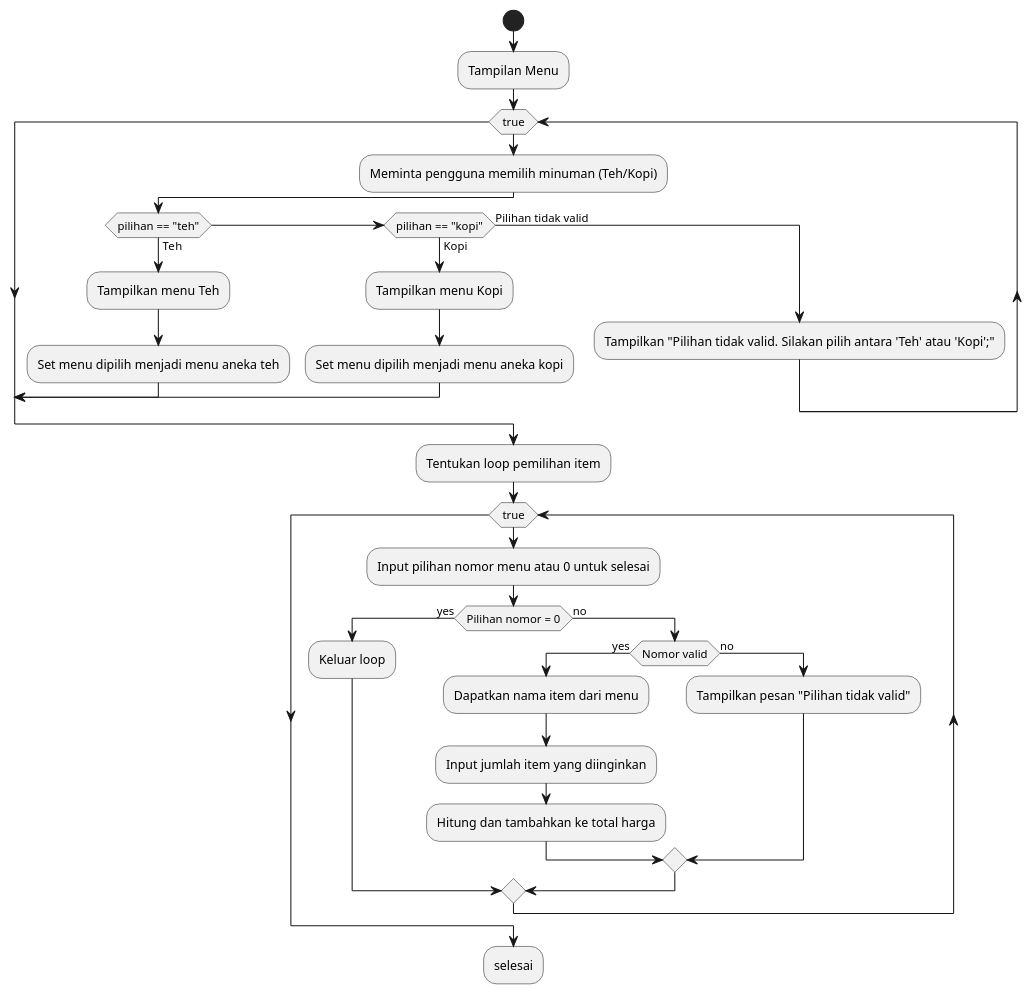
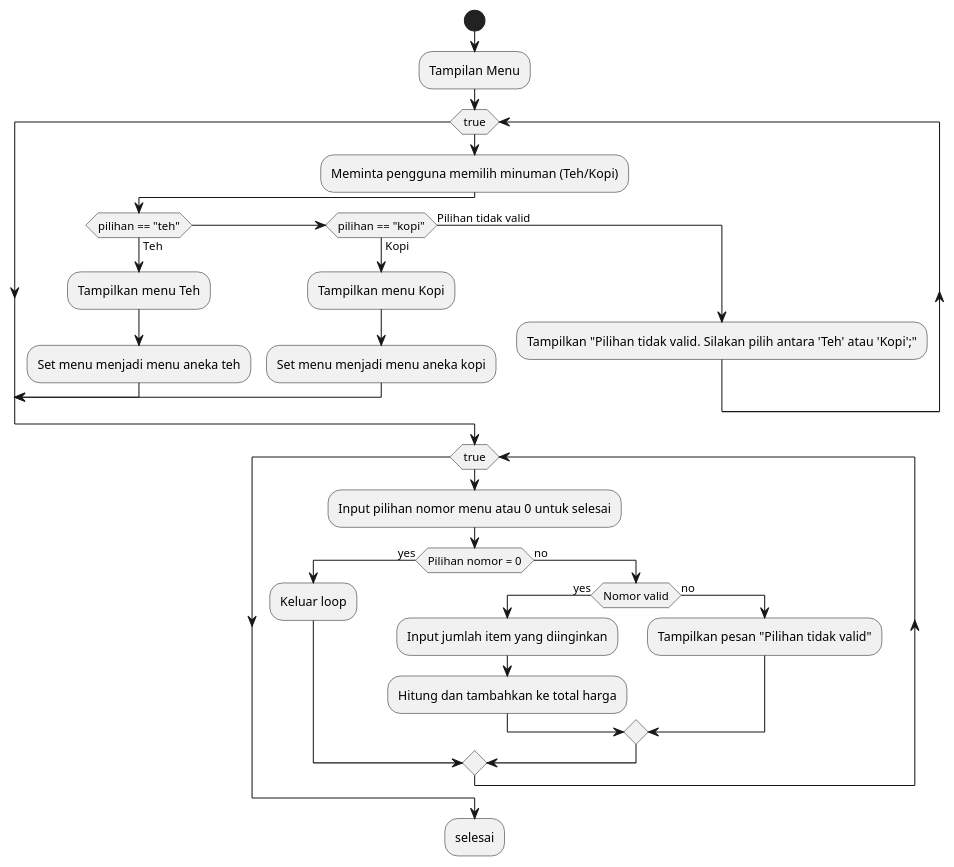
Before and after one commit to MochNovaSetyawan/Bahasa-Pemprograman: the diagram in pert6/tugas/nomor1.puml, drawn with PlantUML.

Commit message:
(Perubahan pada 11/05/2024)

```diff
--- a/pert6/tugas/nomor1.puml
+++ b/pert6/tugas/nomor1.puml
@@ -1,35 +1,33 @@
 @startuml nomor1
 start
 :Tampilan Menu;
 while (true)
     :Meminta pengguna memilih minuman (Teh/Kopi);
     if (pilihan == "teh") then (Teh)
         :Tampilkan menu Teh;
-        :Set menu dipilih menjadi menu aneka teh;
+        :Set menu menjadi menu aneka teh;
         break
     elseif (pilihan == "kopi") then (Kopi)
         :Tampilkan menu Kopi;
-        :Set menu dipilih menjadi menu aneka kopi;
+        :Set menu menjadi menu aneka kopi;
         break
     else (Pilihan tidak valid)
         :Tampilkan "Pilihan tidak valid. Silakan pilih antara 'Teh' atau 'Kopi';";
     endif
 endwhile
 
-:Tentukan loop pemilihan item;
 while (true)
     :Input pilihan nomor menu atau 0 untuk selesai;
     if (Pilihan nomor = 0) then (yes)
         :Keluar loop;
     else (no)
         if (Nomor valid) then (yes)
-            :Dapatkan nama item dari menu;
             :Input jumlah item yang diinginkan;
             :Hitung dan tambahkan ke total harga;
         else (no)
             :Tampilkan pesan "Pilihan tidak valid";
         endif
     endif
 endwhile
 :selesai;
 @enduml
```
